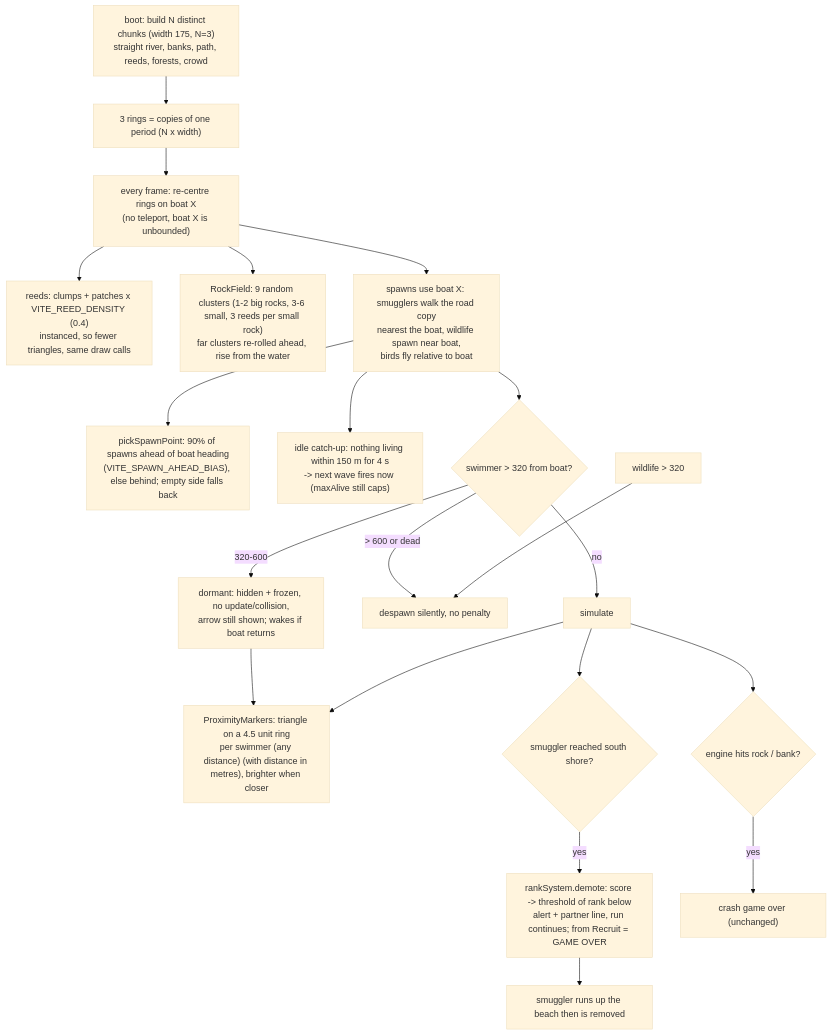
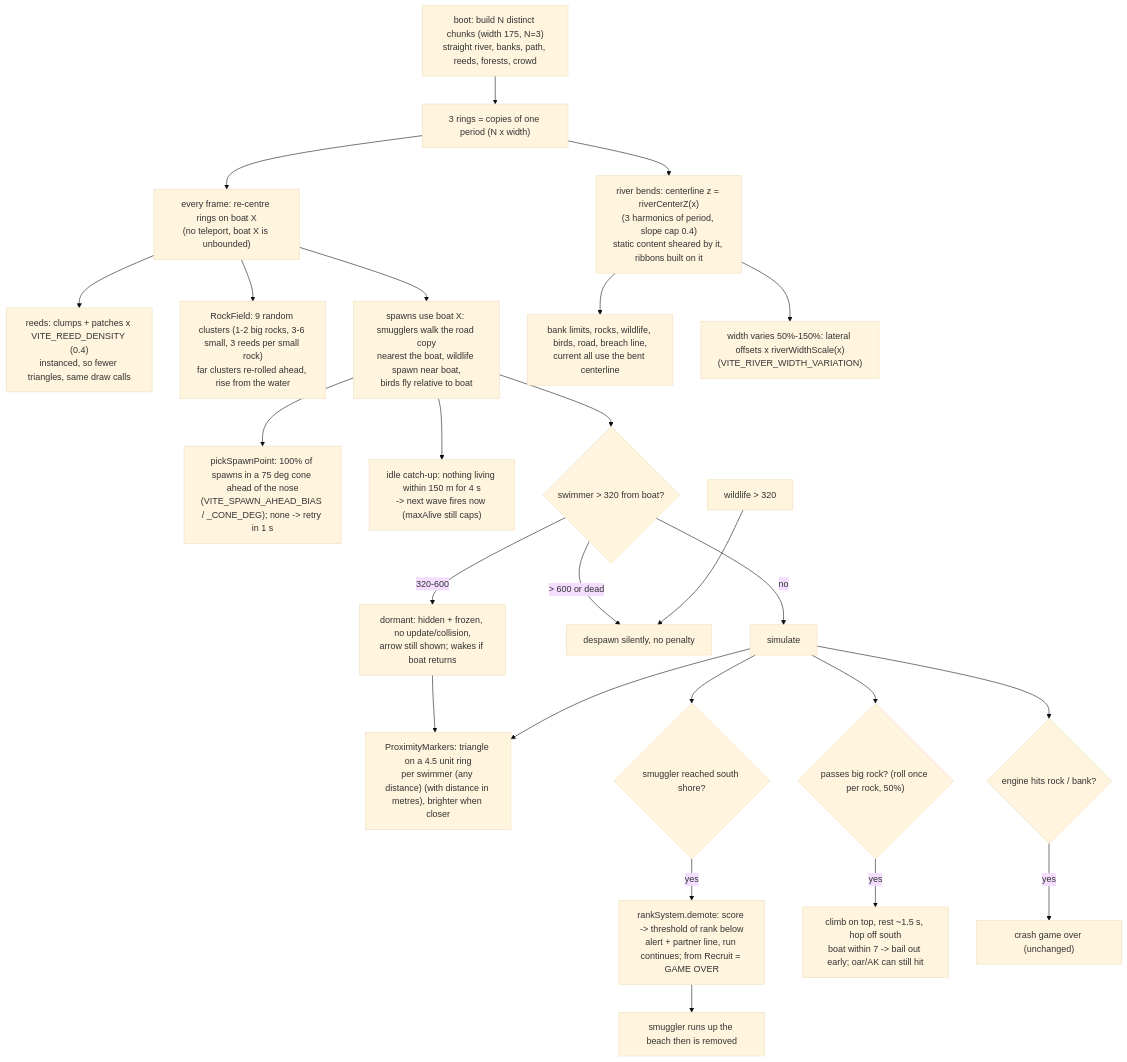
One commit to Protosnake/veslo changed the diagram in docs/features/37-endless-river.md. Above: the diagram before and after it, drawn with Mermaid (base theme). The commit also changed other lines of this file and 20 other files, not shown here.

Commit message:
feat: group fright with retreat to spawn bank, re-frightening, debug cluster spawn

````diff
--- a/docs/features/37-endless-river.md
+++ b/docs/features/37-endless-river.md
@@ -5,22 +5,27 @@
 ```mermaid
 flowchart TD
     A["boot: build N distinct chunks (width 175, N=3)<br/>straight river, banks, path, reeds, forests, crowd"] --> B["3 rings = copies of one period (N x width)"]
     B --> C["every frame: re-centre rings on boat X<br/>(no teleport, boat X is unbounded)"]
     C --> V["reeds: clumps + patches x VITE_REED_DENSITY (0.4)<br/>instanced, so fewer triangles, same draw calls"]
     C --> D["RockField: 9 random clusters (1-2 big rocks, 3-6 small, 3 reeds per small rock)<br/>far clusters re-rolled ahead, rise from the water"]
     C --> E["spawns use boat X: smugglers walk the road copy<br/>nearest the boat, wildlife spawn near boat,<br/>birds fly relative to boat"]
-    E --> E2["pickSpawnPoint: 90% of spawns ahead of boat heading<br/>(VITE_SPAWN_AHEAD_BIAS), else behind; empty side falls back"]
+    E --> E2["pickSpawnPoint: 100% of spawns in a 75 deg cone ahead of the nose<br/>(VITE_SPAWN_AHEAD_BIAS / _CONE_DEG); none -> retry in 1 s"]
     E --> E3["idle catch-up: nothing living within 150 m for 4 s<br/>-> next wave fires now (maxAlive still caps)"]
     E --> F{"swimmer > 320 from boat?"}
     F -->|"320-600"| D2["dormant: hidden + frozen, no update/collision,<br/>arrow still shown; wakes if boat returns"]
     F -->|"> 600 or dead"| G["despawn silently, no penalty"]
     F -->|no| H["simulate"]
     D2 --> M
     W["wildlife > 320"] --> G
     H --> M["ProximityMarkers: triangle on a 4.5 unit ring<br/>per swimmer (any distance) (with distance in metres), brighter when closer"]
     H --> I{"smuggler reached south shore?"}
     I -->|yes| J["rankSystem.demote: score -> threshold of rank below<br/>alert + partner line, run continues; from Recruit = GAME OVER"]
     J --> K["smuggler runs up the beach then is removed"]
+    B --> BN["river bends: centerline z = riverCenterZ(x)<br/>(3 harmonics of period, slope cap 0.4)<br/>static content sheared by it, ribbons built on it"]
+    BN --> BG["bank limits, rocks, wildlife, birds, road, breach line,<br/>current all use the bent centerline"]
+    BN --> WD["width varies 50%-150%: lateral offsets x riverWidthScale(x)<br/>(VITE_RIVER_WIDTH_VARIATION)"]
+    H --> RR{"passes big rock? (roll once per rock, 50%)"}
+    RR -->|yes| RK["climb on top, rest ~1.5 s, hop off south<br/>boat within 7 -> bail out early; oar/AK can still hit"]
     H --> L{"engine hits rock / bank?"}
     L -->|yes| N["crash game over (unchanged)"]
 ```
````
